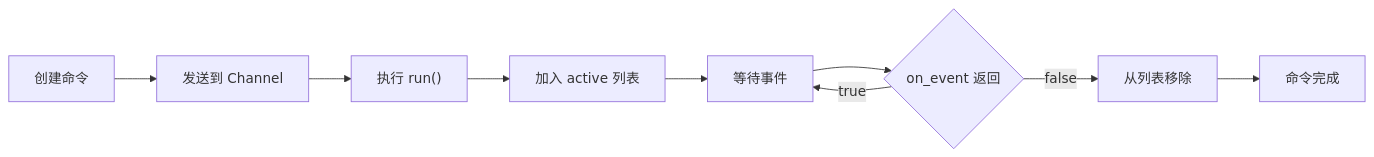
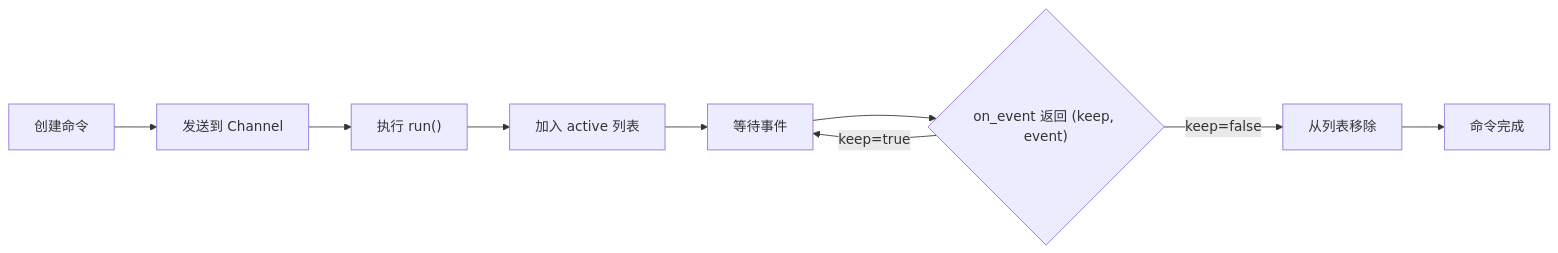
One commit to yexiyue/swarm-p2p changed the tenth of 12 diagrams in docs/01-command-pattern-architecture.md. Above: the diagram before and after it, drawn with Mermaid. The commit also changed other lines of this file and 14 other files, not shown here.

````diff
--- a/docs/01-command-pattern-architecture.md
+++ b/docs/01-command-pattern-architecture.md
@@ -412,11 +427,11 @@
 ```mermaid
 flowchart LR
     A["创建命令"] --> B["发送到 Channel"]
     B --> C["执行 run()"]
     C --> D["加入 active 列表"]
     D --> E["等待事件"]
-    E --> F{"on_event 返回"}
-    F -->|true| E
-    F -->|false| G["从列表移除"]
+    E --> F{"on_event 返回 (keep, event)"}
+    F -->|"keep=true"| E
+    F -->|"keep=false"| G["从列表移除"]
     G --> H["命令完成"]
 ```
````
